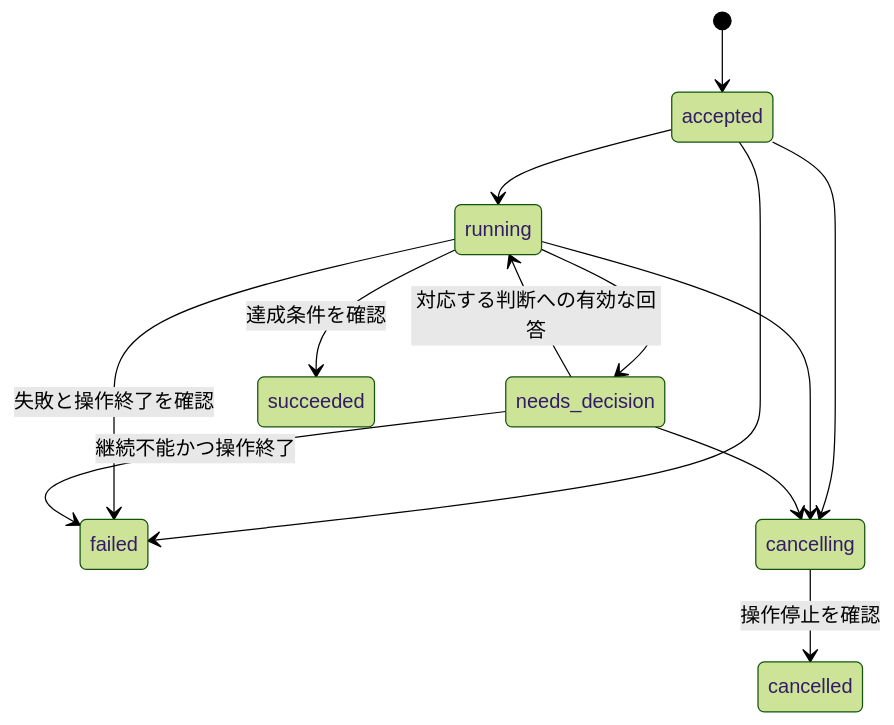
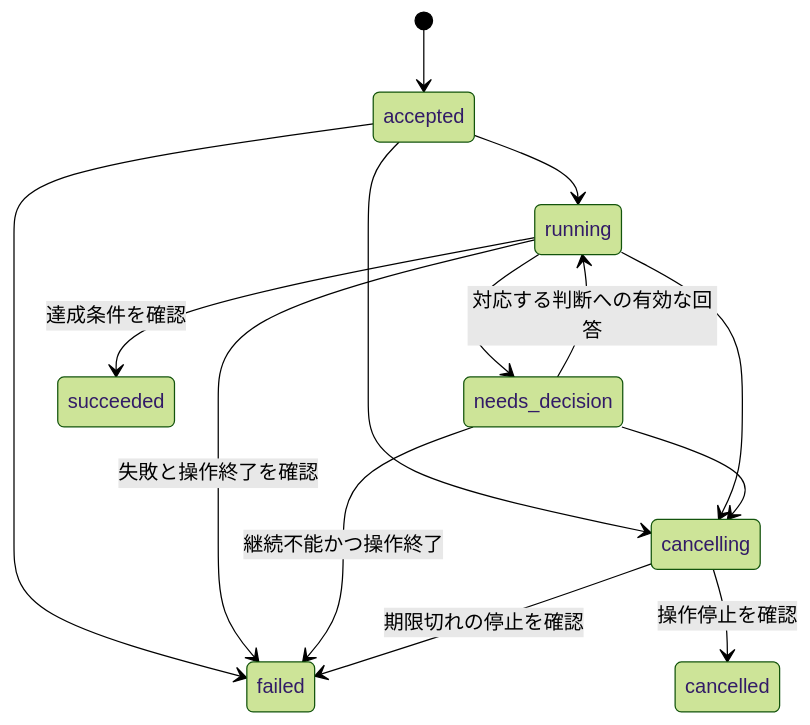
One commit to magic-sword/ciel-companion changed the second of 2 diagrams in docs/minecraft-execution-redesign-ja.md. Above: the diagram before and after it, drawn with Mermaid (forest theme). The commit also changed other lines of this file and 39 other files, not shown here.

````diff
--- a/docs/minecraft-execution-redesign-ja.md
+++ b/docs/minecraft-execution-redesign-ja.md
@@ -114,15 +120,16 @@
 ```mermaid
 stateDiagram-v2
     [*] --> accepted
     accepted --> running
     accepted --> failed
     running --> needs_decision
     needs_decision --> running: 対応する判断への有効な回答
     running --> succeeded: 達成条件を確認
     running --> failed: 失敗と操作終了を確認
     needs_decision --> failed: 継続不能かつ操作終了
     accepted --> cancelling
     running --> cancelling
     needs_decision --> cancelling
     cancelling --> cancelled: 操作停止を確認
+    cancelling --> failed: 期限切れの停止を確認
 ```
````
